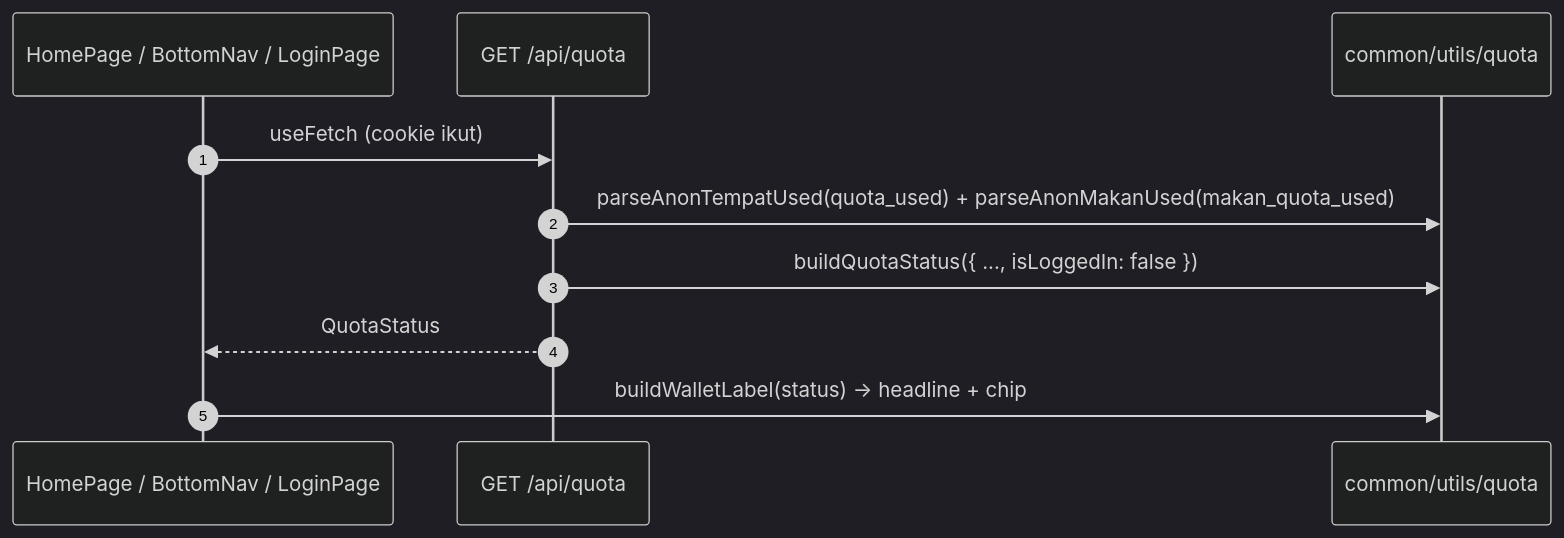
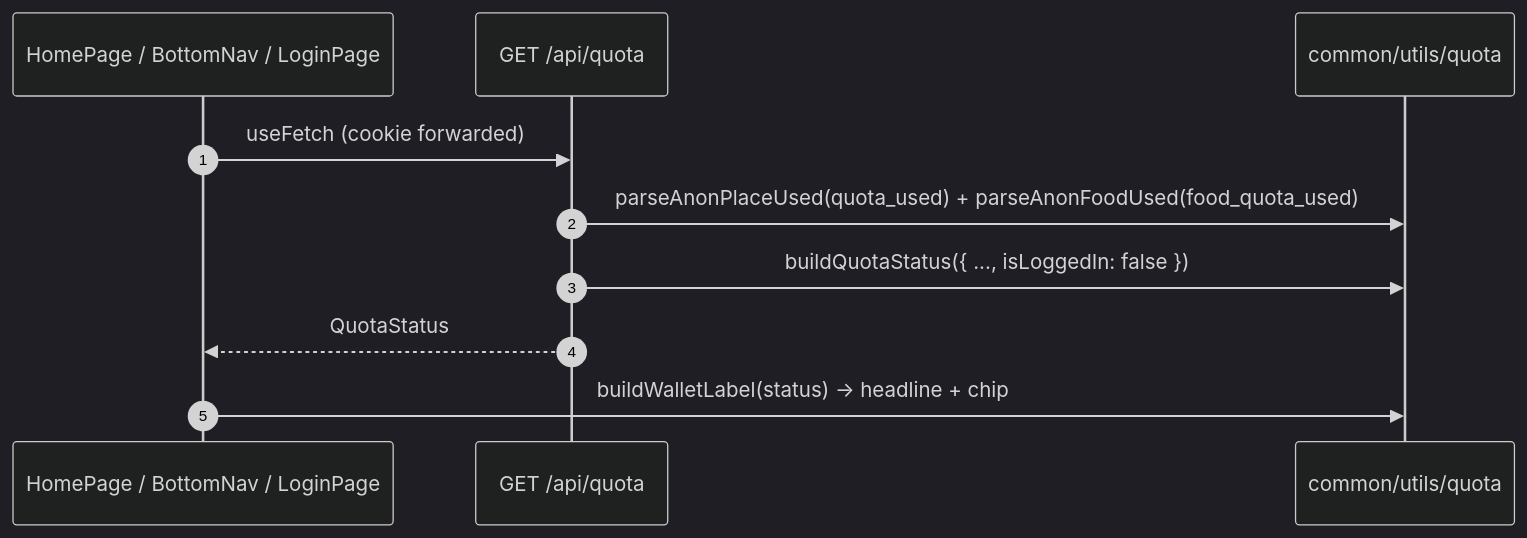
The diagram in docs/architecture/flows/quota/README.md (agestasaputra/wikendo-web-app), drawn with Mermaid (dark theme) before and after one commit. The commit also changed other lines of this file and 103 other files, not shown here.

````diff
--- a/docs/architecture/flows/quota/README.md
+++ b/docs/architecture/flows/quota/README.md
@@ -28,12 +28,12 @@
 ```mermaid
 sequenceDiagram
     autonumber
     participant UI as HomePage / BottomNav / LoginPage
     participant API as GET /api/quota
     participant U as common/utils/quota
-    UI->>API: useFetch (cookie ikut)
-    API->>U: parseAnonTempatUsed(quota_used) + parseAnonMakanUsed(makan_quota_used)
+    UI->>API: useFetch (cookie forwarded)
+    API->>U: parseAnonPlaceUsed(quota_used) + parseAnonFoodUsed(food_quota_used)
     API->>U: buildQuotaStatus({ ..., isLoggedIn: false })
     API-->>UI: QuotaStatus
     UI->>U: buildWalletLabel(status) → headline + chip
 ```
````
